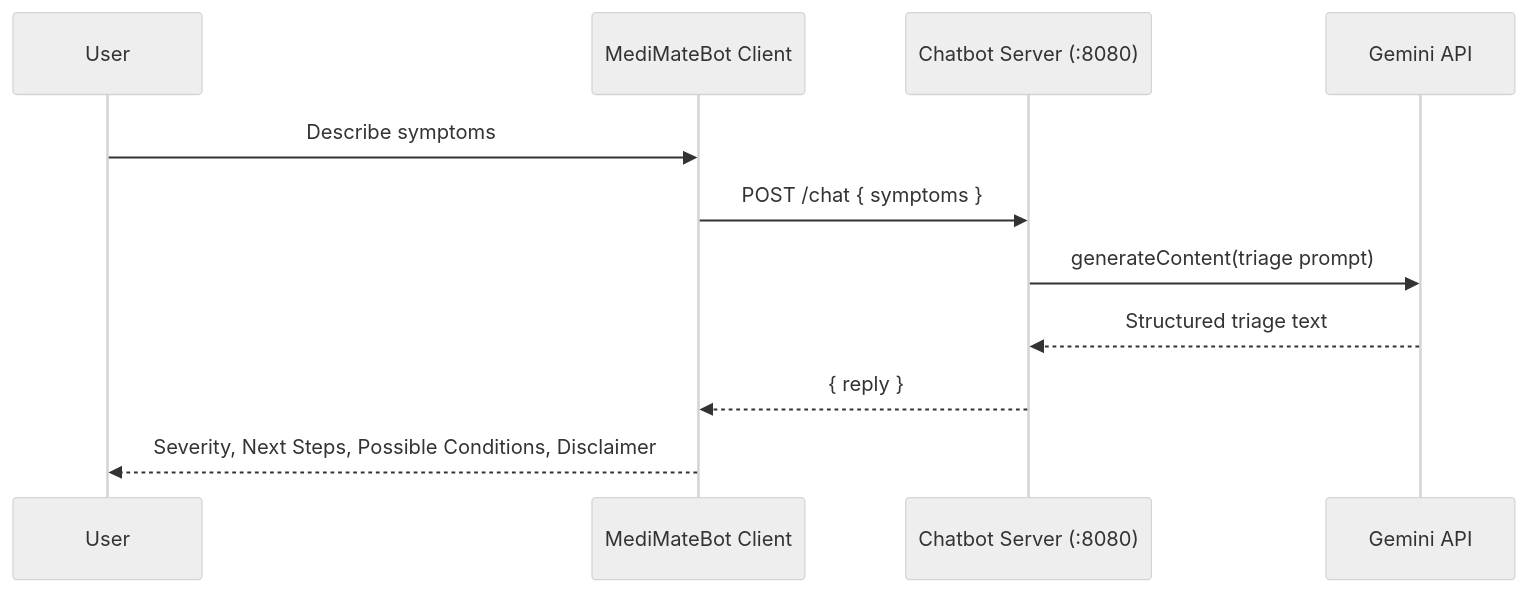
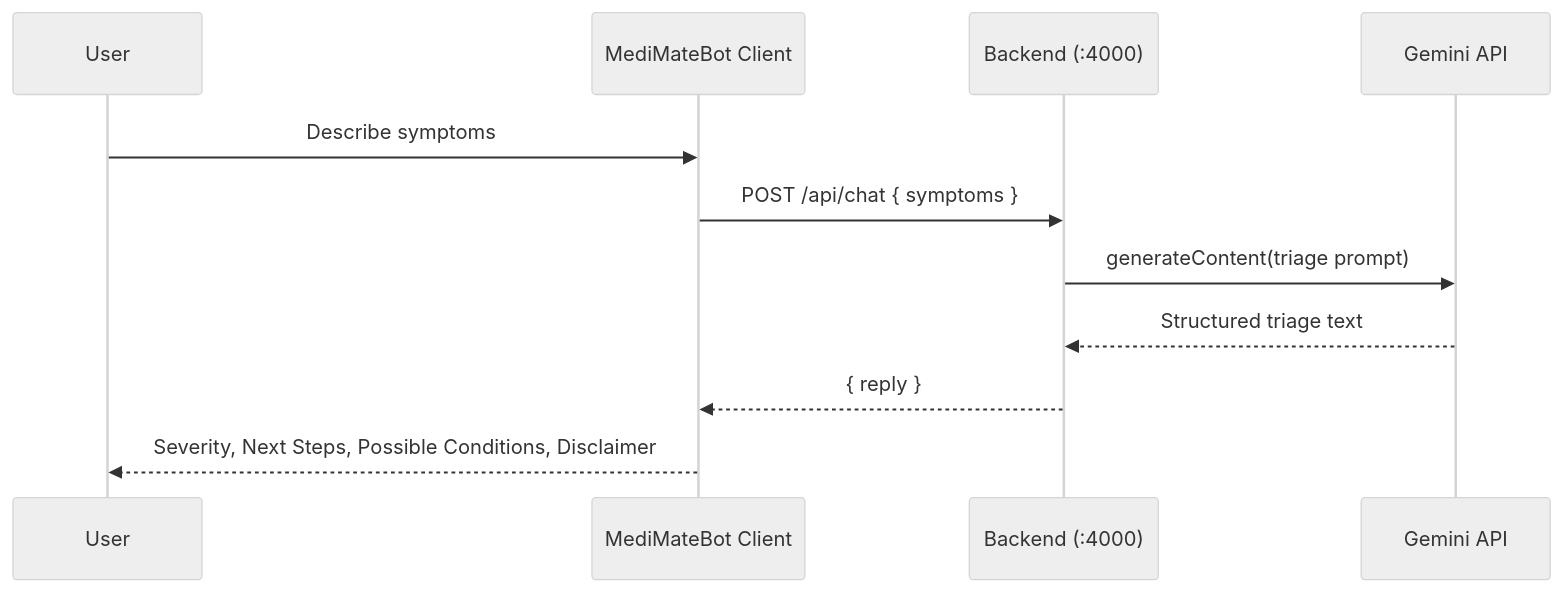
One commit to coffeecookey/mediMate changed the second of 4 diagrams in README.md. Above: the diagram before and after it, drawn with Mermaid (neutral theme). The commit also changed other lines of this file and 25 other files, not shown here.

````diff
--- a/README.md
+++ b/README.md
@@ -137,14 +135,14 @@
 ```mermaid
 sequenceDiagram
     participant U as User
     participant Bot as MediMateBot Client
-    participant API as Chatbot Server (:8080)
+    participant API as Backend (:4000)
     participant G as Gemini API
 
     U->>Bot: Describe symptoms
-    Bot->>API: POST /chat { symptoms }
+    Bot->>API: POST /api/chat { symptoms }
     API->>G: generateContent(triage prompt)
     G-->>API: Structured triage text
     API-->>Bot: { reply }
     Bot-->>U: Severity, Next Steps, Possible Conditions, Disclaimer
 ```
````
